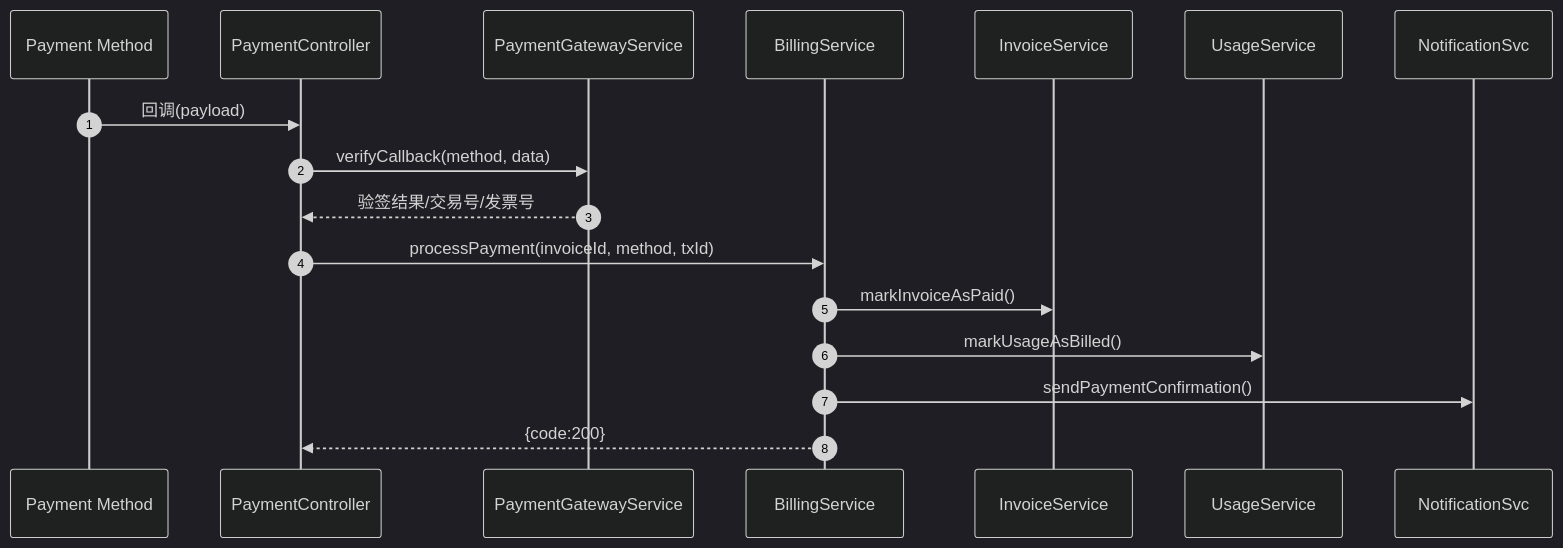
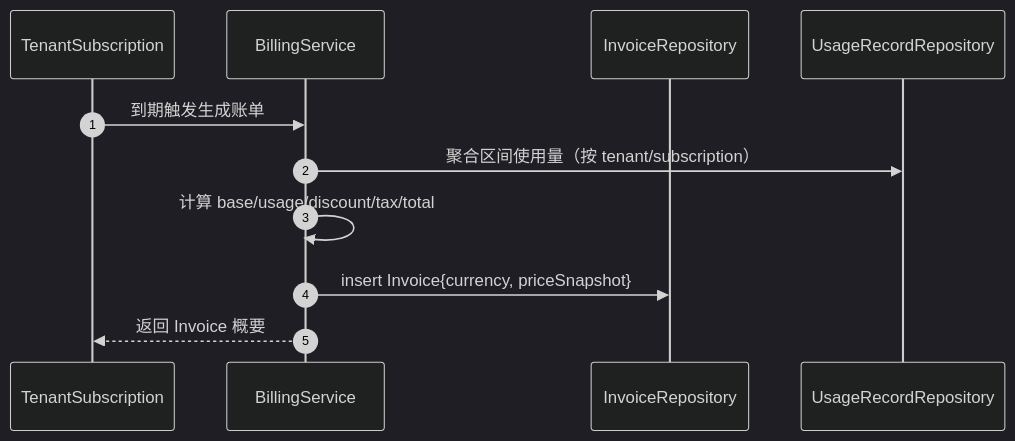
Before and after one commit to rosestack/rose-playground: the sixth of 11 diagrams in rose-backend/rose-service/rose-billing-service/docs/billing-domain-model.md, drawn with Mermaid (dark theme). The commit also changed other lines of this file and 33 other files, not shown here.

````diff
--- a/rose-backend/rose-service/rose-billing-service/docs/billing-domain-model.md
+++ b/rose-backend/rose-service/rose-billing-service/docs/billing-domain-model.md
@@ -194,20 +169,14 @@
 ```mermaid
 sequenceDiagram
   autonumber
-  participant PM as Payment Method
-  participant PC as PaymentController
-  participant GW as PaymentGatewayService
+  participant TS as TenantSubscription
   participant BS as BillingService
-  participant IS as InvoiceService
-  participant US as UsageService
-  participant NS as NotificationSvc
+  participant IR as InvoiceRepository
+  participant UR as UsageRecordRepository
 
-  PM->>PC: 回调(payload)
-  PC->>GW: verifyCallback(method, data)
-  GW-->>PC: 验签结果/交易号/发票号
-  PC->>BS: processPayment(invoiceId, method, txId)
-  BS->>IS: markInvoiceAsPaid()
-  BS->>US: markUsageAsBilled()
-  BS->>NS: sendPaymentConfirmation()
-  BS-->>PC: {code:200}
+  TS->>BS: 到期触发生成账单
+  BS->>UR: 聚合区间使用量（按 tenant/subscription）
+  BS->>BS: 计算 base/usage/discount/tax/total
+  BS->>IR: insert Invoice{currency, priceSnapshot}
+  BS-->>TS: 返回 Invoice 概要
 ```
````
